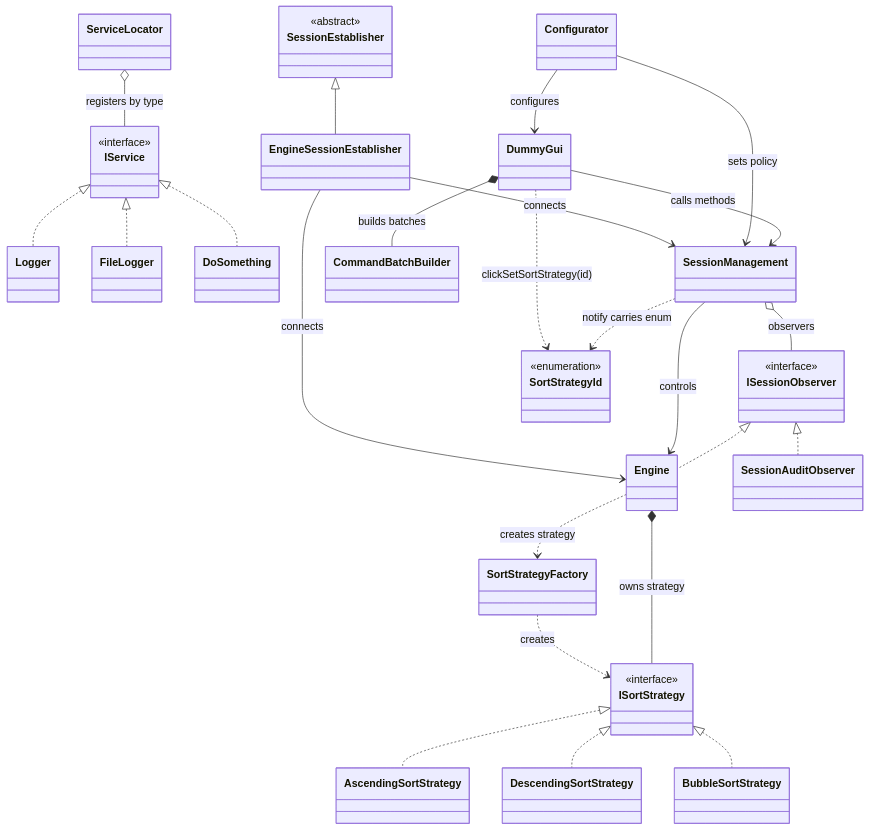
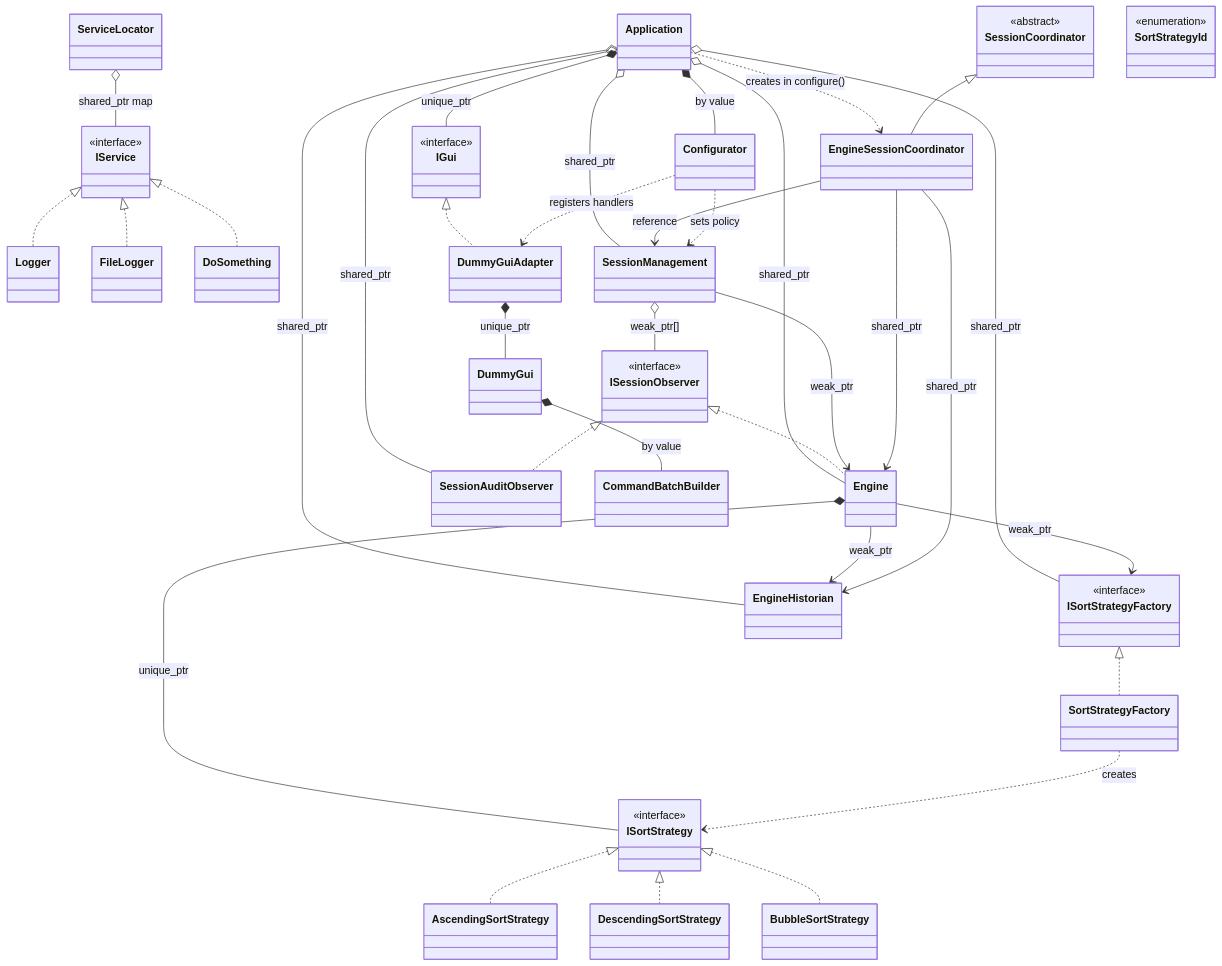
The diagram in docs/en/_diagram/class_diagram.md (RyszardHalapacz/cpp-design-patterns-examples), drawn with Mermaid before and after one commit. The commit also changed other lines of this file and 3 other files, not shown here.

First line of the commit message:
docs: rewrite class and sequence diagrams to reflect current architecture

````diff
--- a/docs/en/_diagram/class_diagram.md
+++ b/docs/en/_diagram/class_diagram.md
@@ -14,16 +14,22 @@
 classDiagram
     direction TB
 
-    class IService { <<interface>> }
-    class ISessionObserver { <<interface>> }
-    class ISortStrategy { <<interface>> }
-    class SessionEstablisher { <<abstract>> }
+    %% ─── Interfaces / abstracts ────────────────────────────────────────────────
+    class IService            { <<interface>> }
+    class ISessionObserver    { <<interface>> }
+    class ISortStrategy       { <<interface>> }
+    class ISortStrategyFactory{ <<interface>> }
+    class IGui                { <<interface>> }
+    class SessionCoordinator  { <<abstract>> }
 
+    %% ─── Concrete classes ───────────────────────────────────────────────────────
+    class Application
     class Logger
     class FileLogger
     class DoSomething
     class ServiceLocator
     class Engine
+    class EngineHistorian
     class SessionAuditObserver
     class SessionManagement
     class AscendingSortStrategy
@@ -31,49 +37,70 @@
     class BubbleSortStrategy
     class SortStrategyFactory
     class DummyGui
+    class DummyGuiAdapter
     class CommandBatchBuilder
     class Configurator
-    class EngineSessionEstablisher
+    class EngineSessionCoordinator
     class SortStrategyId { <<enumeration>> }
 
+    %% ─── Application: root of the object graph ─────────────────────────────────
+    Application *-- IGui                  : unique_ptr
+    Application *-- Configurator          : by value
+    Application o-- Engine                : shared_ptr
+    Application o-- ISortStrategyFactory  : shared_ptr
+    Application o-- EngineHistorian       : shared_ptr
+    Application o-- SessionManagement     : shared_ptr
+    Application o-- SessionAuditObserver  : shared_ptr
+    Application ..> EngineSessionCoordinator : creates in configure()
+
+    %% ─── Services (ServiceLocator) ──────────────────────────────────────────────
     IService <|.. Logger
     IService <|.. FileLogger
     IService <|.. DoSomething
-    ServiceLocator o-- IService : registers by type
+    ServiceLocator o-- IService : shared_ptr map
 
+    %% ─── Observer pattern ───────────────────────────────────────────────────────
     ISessionObserver <|.. Engine
     ISessionObserver <|.. SessionAuditObserver
-    SessionManagement o-- ISessionObserver : observers
-    SessionManagement --> Engine : controls
-    SessionManagement ..> SortStrategyId : notify carries enum
+    SessionManagement o-- ISessionObserver : weak_ptr[]
+    SessionManagement --> Engine           : weak_ptr
 
+    %% ─── Strategy + Factory ─────────────────────────────────────────────────────
     ISortStrategy <|.. AscendingSortStrategy
     ISortStrategy <|.. DescendingSortStrategy
     ISortStrategy <|.. BubbleSortStrategy
-    Engine *-- ISortStrategy : owns strategy
-    Engine ..> SortStrategyFactory : creates strategy
+    Engine *-- ISortStrategy         : unique_ptr
+    Engine --> ISortStrategyFactory  : weak_ptr
+    Engine --> EngineHistorian       : weak_ptr
+    ISortStrategyFactory <|.. SortStrategyFactory
     SortStrategyFactory ..> ISortStrategy : creates
 
-    DummyGui --> SessionManagement : calls methods
-    DummyGui *-- CommandBatchBuilder : builds batches
-    DummyGui ..> SortStrategyId : clickSetSortStrategy(id)
+    %% ─── Adapter pattern ────────────────────────────────────────────────────────
+    IGui <|.. DummyGuiAdapter
+    DummyGuiAdapter *-- DummyGui        : unique_ptr
+    DummyGui *-- CommandBatchBuilder    : by value
 
-    Configurator --> DummyGui : configures
-    Configurator --> SessionManagement : sets policy
+    %% ─── Template Method ────────────────────────────────────────────────────────
+    SessionCoordinator <|-- EngineSessionCoordinator
+    EngineSessionCoordinator --> SessionManagement   : reference
+    EngineSessionCoordinator --> Engine              : shared_ptr
+    EngineSessionCoordinator --> EngineHistorian     : shared_ptr
 
-    SessionEstablisher <|-- EngineSessionEstablisher
-    EngineSessionEstablisher --> SessionManagement : connects
-    EngineSessionEstablisher --> Engine : connects
+    %% ─── Configurator ───────────────────────────────────────────────────────────
+    Configurator ..> DummyGuiAdapter  : registers handlers
+    Configurator ..> SessionManagement : sets policy
 
     classDef interfaceStyle fill:#EEEDFE,stroke:#7F77DD,color:#26215C
-    classDef serviceStyle fill:#E1F5EE,stroke:#0F6E56,color:#0B3D30
-    classDef coreStyle fill:#FAECE7,stroke:#D85A30,color:#4A1B0C
-    classDef guiStyle fill:#FFF6DE,stroke:#C08A00,color:#4A3900
-    classDef newStyle fill:#FDE8D7,stroke:#B8551A,color:#5C2A0D
+    classDef serviceStyle   fill:#E1F5EE,stroke:#0F6E56,color:#0B3D30
+    classDef coreStyle      fill:#FAECE7,stroke:#D85A30,color:#4A1B0C
+    classDef guiStyle       fill:#FFF6DE,stroke:#C08A00,color:#4A3900
+    classDef appStyle       fill:#E8F4FD,stroke:#2980B9,color:#1A3A4A
+    classDef newStyle       fill:#FDE8D7,stroke:#B8551A,color:#5C2A0D
 
-    cssClass "IService,ISessionObserver,ISortStrategy,SessionEstablisher" interfaceStyle
+    cssClass "IService,ISessionObserver,ISortStrategy,ISortStrategyFactory,IGui,SessionCoordinator" interfaceStyle
     cssClass "Logger,FileLogger,DoSomething,ServiceLocator" serviceStyle
-    cssClass "Engine,SessionManagement,SessionAuditObserver,EngineSessionEstablisher" coreStyle
-    cssClass "DummyGui,Configurator,CommandBatchBuilder,AscendingSortStrategy,DescendingSortStrategy,BubbleSortStrategy" guiStyle
+    cssClass "Engine,SessionManagement,SessionAuditObserver,EngineSessionCoordinator,EngineHistorian" coreStyle
+    cssClass "DummyGui,DummyGuiAdapter,Configurator,CommandBatchBuilder,AscendingSortStrategy,DescendingSortStrategy,BubbleSortStrategy" guiStyle
+    cssClass "Application" appStyle
     cssClass "SortStrategyFactory,SortStrategyId" newStyle
 ```
````
